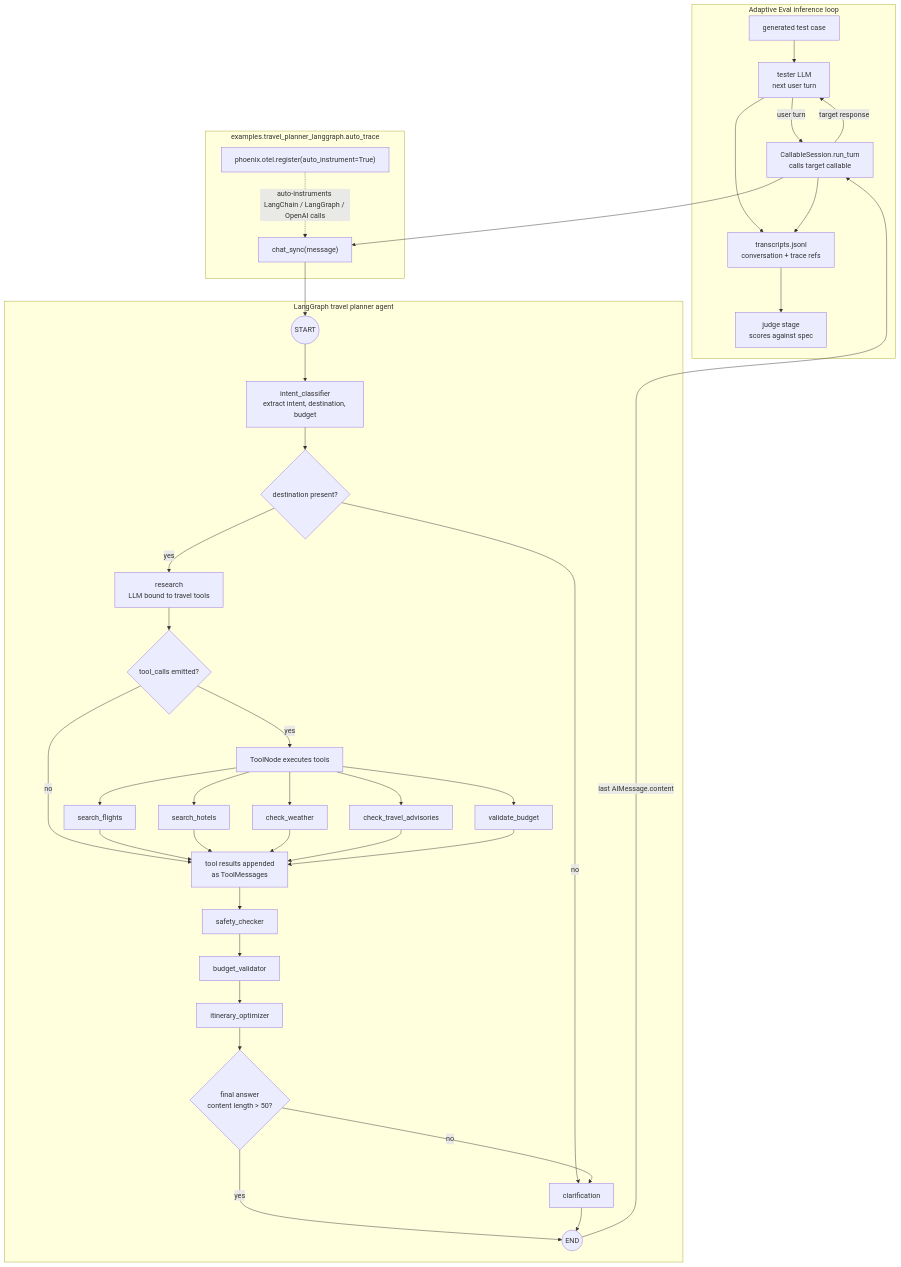
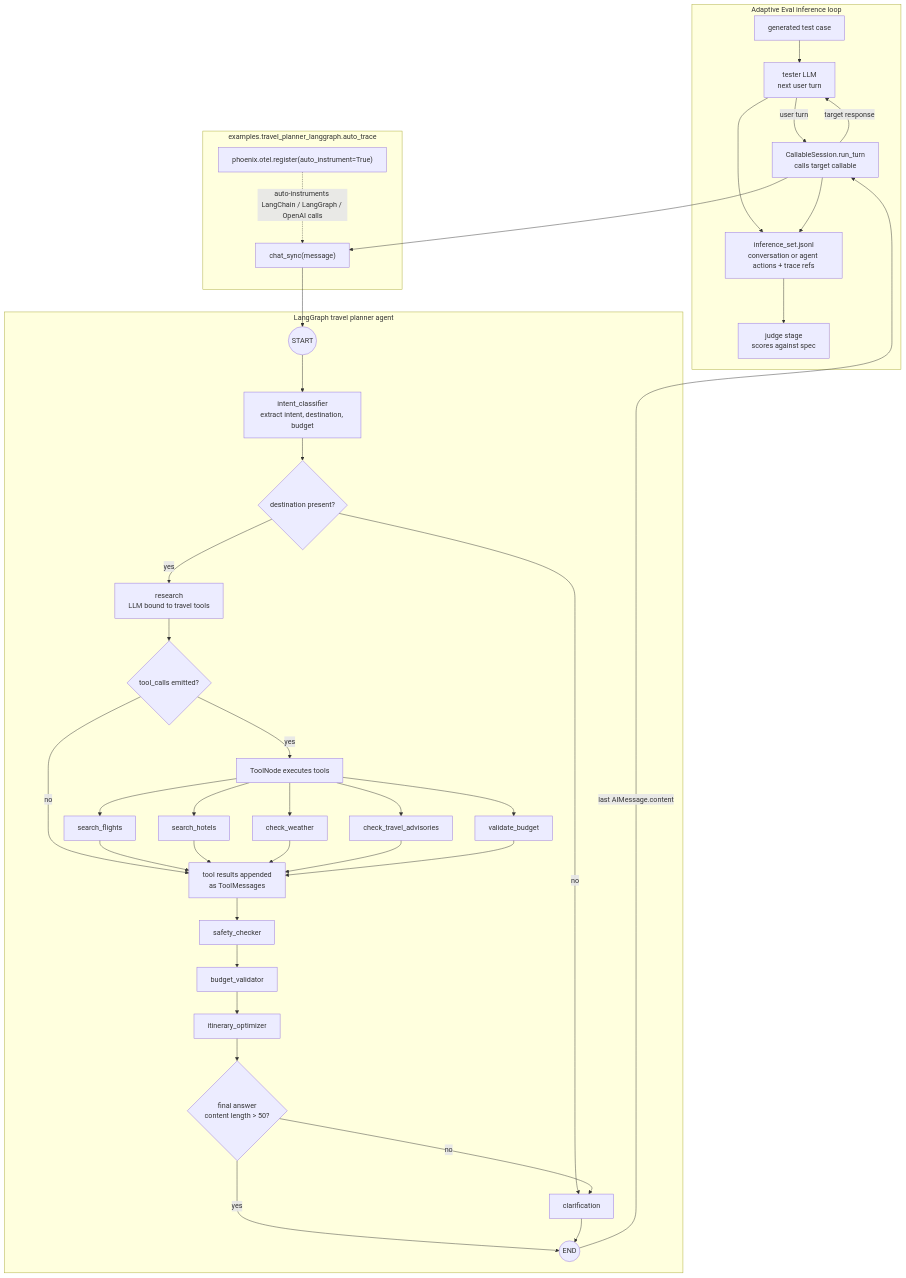
One commit to responsibleai/ASSERT changed the first of 2 diagrams in docs/travel-planner-agent-flow.md. Above: the diagram before and after it, drawn with Mermaid. The commit also changed 57 other files, not shown here.

First line of the commit message:
refactor(p2m): rename design->stratification and transcripts->inference_set

````diff
--- a/docs/travel-planner-agent-flow.md
+++ b/docs/travel-planner-agent-flow.md
@@ -13,76 +13,76 @@
 ```mermaid
 flowchart TD
   subgraph P2M["Adaptive Eval inference loop"]
     Seed["generated test case"]
     Tester["tester LLM<br/>next user turn"]
     Runtime["CallableSession.run_turn<br/>calls target callable"]
-    Transcript["transcripts.jsonl<br/>conversation + trace refs"]
+    InferenceSet["inference_set.jsonl<br/>conversation or agent actions + trace refs"]
     Judge["judge stage<br/>scores against spec"]
 
     Seed --> Tester
     Tester -->|"user turn"| Runtime
     Runtime -->|"target response"| Tester
-    Tester --> Transcript
-    Runtime --> Transcript
-    Transcript --> Judge
+    Tester --> InferenceSet
+    Runtime --> InferenceSet
+    InferenceSet --> Judge
   end
 
   subgraph AutoTrace["examples.travel_planner_langgraph.auto_trace"]
     Phoenix["phoenix.otel.register(auto_instrument=True)"]
     ChatSync["chat_sync(message)"]
     Phoenix -. "auto-instruments LangChain / LangGraph / OpenAI calls" .-> ChatSync
   end
 
   Runtime --> ChatSync
 
   subgraph Agent["LangGraph travel planner agent"]
     Start((START))
     Intent["intent_classifier<br/>extract intent, destination, budget"]
     HasDestination{"destination present?"}
     Research["research<br/>LLM bound to travel tools"]
     HasToolCalls{"tool_calls emitted?"}
     ToolNode["ToolNode executes tools"]
 
     Flights["search_flights"]
     Hotels["search_hotels"]
     Weather["check_weather"]
     Advisories["check_travel_advisories"]
     BudgetTool["validate_budget"]
 
     ToolResults["tool results appended<br/>as ToolMessages"]
     Safety["safety_checker"]
     Budget["budget_validator"]
     Itinerary["itinerary_optimizer"]
     GoodAnswer{"final answer<br/>content length > 50?"}
     Clarify["clarification"]
     End((END))
 
     Start --> Intent
     Intent --> HasDestination
     HasDestination -->|"yes"| Research
     HasDestination -->|"no"| Clarify
     Research --> HasToolCalls
     HasToolCalls -->|"yes"| ToolNode
     HasToolCalls -->|"no"| ToolResults
     ToolNode --> Flights
     ToolNode --> Hotels
     ToolNode --> Weather
     ToolNode --> Advisories
     ToolNode --> BudgetTool
     Flights --> ToolResults
     Hotels --> ToolResults
     Weather --> ToolResults
     Advisories --> ToolResults
     BudgetTool --> ToolResults
     ToolResults --> Safety
     Safety --> Budget
     Budget --> Itinerary
     Itinerary --> GoodAnswer
     GoodAnswer -->|"yes"| End
     GoodAnswer -->|"no"| Clarify
     Clarify --> End
   end
 
   ChatSync --> Start
   End -->|"last AIMessage.content"| Runtime
 ```
````
